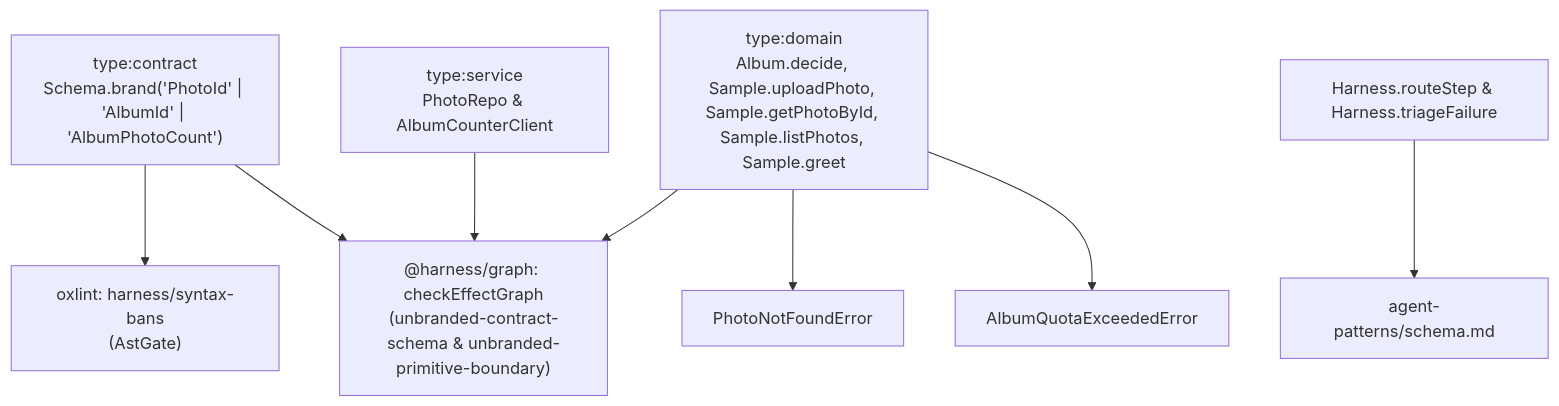
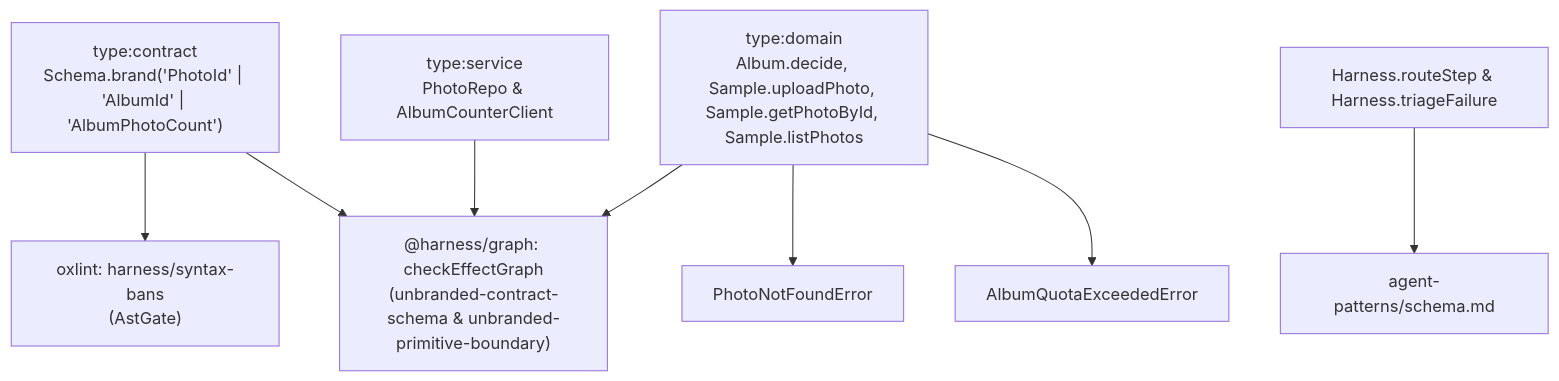
One commit to selmeci/effect-ts-harness changed the diagram in libs/harness/docs/specs/2026-10-31-branded-types-enforcement.md. Above: the diagram before and after it, drawn with Mermaid. The commit also changed other lines of this file and 69 other files, not shown here.

````diff
--- a/libs/harness/docs/specs/2026-10-31-branded-types-enforcement.md
+++ b/libs/harness/docs/specs/2026-10-31-branded-types-enforcement.md
@@ -124,10 +122,10 @@
 ```mermaid
 flowchart TD
   Contract["type:contract<br/>Schema.brand('PhotoId' | 'AlbumId' | 'AlbumPhotoCount')"] --> AstGate["oxlint: harness/syntax-bans<br/>(AstGate)"]
   Contract --> GraphGate["@harness/graph: checkEffectGraph<br/>(unbranded-contract-schema & unbranded-primitive-boundary)"]
   Service["type:service<br/>PhotoRepo & AlbumCounterClient"] --> GraphGate
-  Domain["type:domain<br/>Album.decide, Sample.uploadPhoto, Sample.getPhotoById, Sample.listPhotos, Sample.greet"] --> GraphGate
+  Domain["type:domain<br/>Album.decide, Sample.uploadPhoto, Sample.getPhotoById, Sample.listPhotos"] --> GraphGate
   Domain --> ErrNotFound["PhotoNotFoundError"]
   Domain --> ErrQuota["AlbumQuotaExceededError"]
   Router["Harness.routeStep & Harness.triageFailure"] --> PatternDoc["agent-patterns/schema.md"]
 ```
````
